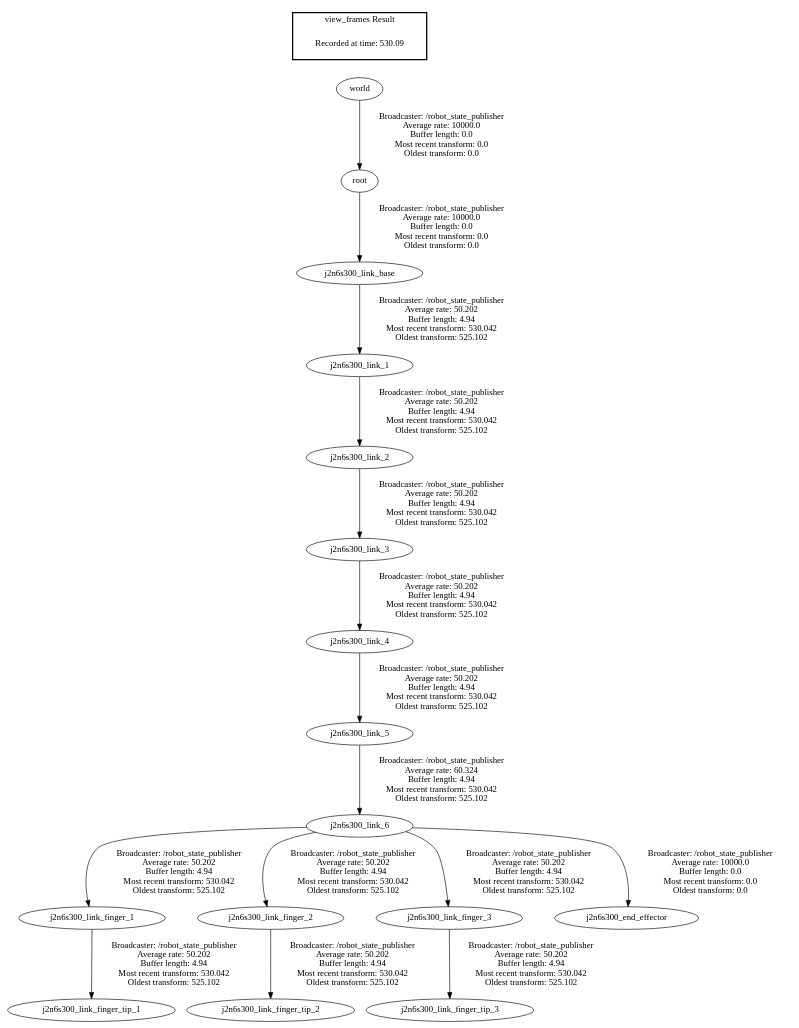
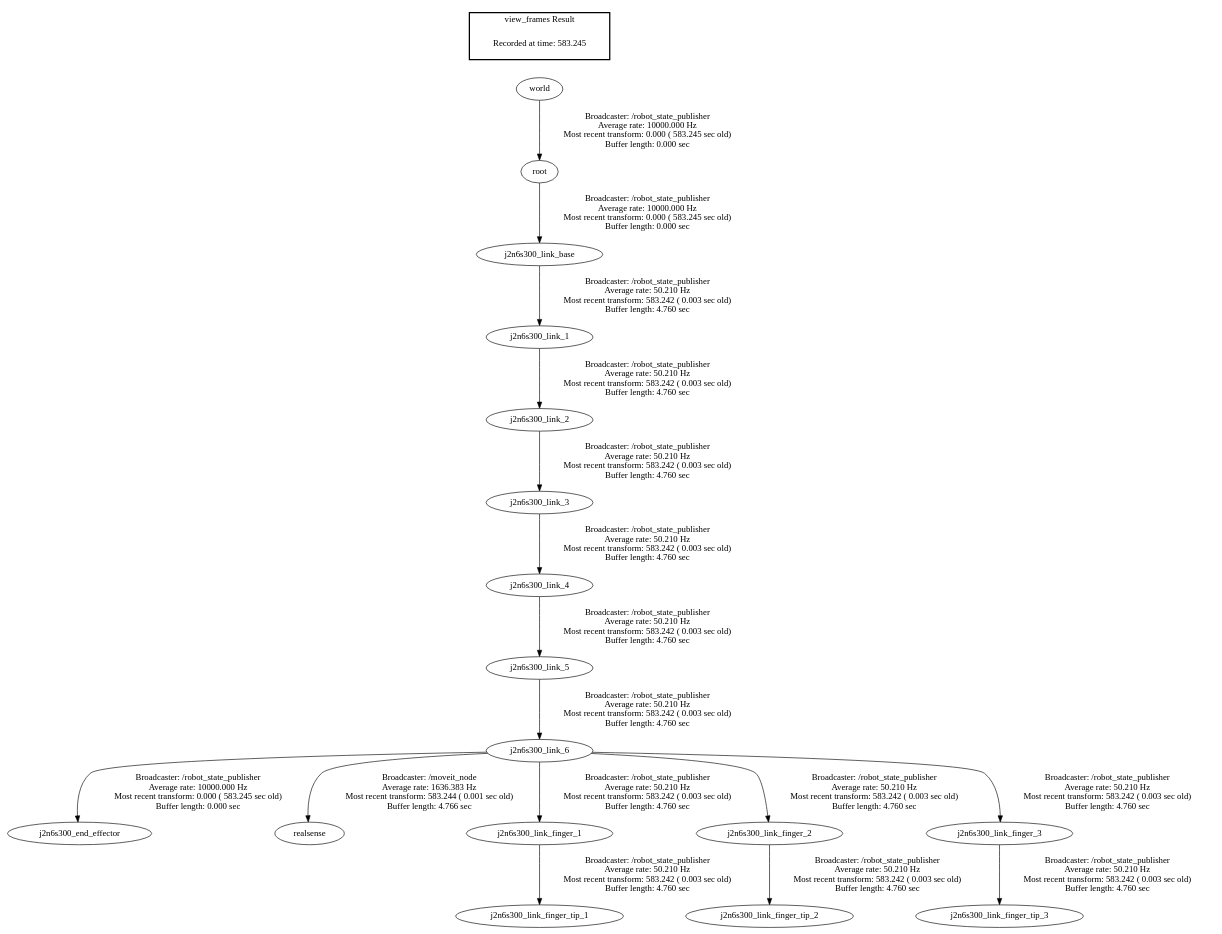
The diagram in src/autonomous_eating/extra/frames.gv (HansLarsen/ROB4-465), drawn with Graphviz before and after one commit. The commit also changed 4 other files, not shown here.

```diff
--- a/src/autonomous_eating/extra/frames.gv
+++ b/src/autonomous_eating/extra/frames.gv
@@ -1,21 +1,22 @@
 digraph G {
-"j2n6s300_link_6" -> "j2n6s300_link_finger_1"[label=" Broadcaster: /robot_state_publisher\nAverage rate: 50.202\nBuffer length: 4.94\nMost recent transform: 530.042\nOldest transform: 525.102\n"];
-"j2n6s300_link_6" -> "j2n6s300_link_finger_2"[label=" Broadcaster: /robot_state_publisher\nAverage rate: 50.202\nBuffer length: 4.94\nMost recent transform: 530.042\nOldest transform: 525.102\n"];
-"j2n6s300_link_6" -> "j2n6s300_link_finger_3"[label=" Broadcaster: /robot_state_publisher\nAverage rate: 50.202\nBuffer length: 4.94\nMost recent transform: 530.042\nOldest transform: 525.102\n"];
-"j2n6s300_link_5" -> "j2n6s300_link_6"[label=" Broadcaster: /robot_state_publisher\nAverage rate: 60.324\nBuffer length: 4.94\nMost recent transform: 530.042\nOldest transform: 525.102\n"];
-"j2n6s300_link_4" -> "j2n6s300_link_5"[label=" Broadcaster: /robot_state_publisher\nAverage rate: 50.202\nBuffer length: 4.94\nMost recent transform: 530.042\nOldest transform: 525.102\n"];
-"j2n6s300_link_3" -> "j2n6s300_link_4"[label=" Broadcaster: /robot_state_publisher\nAverage rate: 50.202\nBuffer length: 4.94\nMost recent transform: 530.042\nOldest transform: 525.102\n"];
-"j2n6s300_link_2" -> "j2n6s300_link_3"[label=" Broadcaster: /robot_state_publisher\nAverage rate: 50.202\nBuffer length: 4.94\nMost recent transform: 530.042\nOldest transform: 525.102\n"];
-"j2n6s300_link_finger_3" -> "j2n6s300_link_finger_tip_3"[label=" Broadcaster: /robot_state_publisher\nAverage rate: 50.202\nBuffer length: 4.94\nMost recent transform: 530.042\nOldest transform: 525.102\n"];
-"j2n6s300_link_base" -> "j2n6s300_link_1"[label=" Broadcaster: /robot_state_publisher\nAverage rate: 50.202\nBuffer length: 4.94\nMost recent transform: 530.042\nOldest transform: 525.102\n"];
-"j2n6s300_link_1" -> "j2n6s300_link_2"[label=" Broadcaster: /robot_state_publisher\nAverage rate: 50.202\nBuffer length: 4.94\nMost recent transform: 530.042\nOldest transform: 525.102\n"];
-"j2n6s300_link_finger_2" -> "j2n6s300_link_finger_tip_2"[label=" Broadcaster: /robot_state_publisher\nAverage rate: 50.202\nBuffer length: 4.94\nMost recent transform: 530.042\nOldest transform: 525.102\n"];
-"root" -> "j2n6s300_link_base"[label=" Broadcaster: /robot_state_publisher\nAverage rate: 10000.0\nBuffer length: 0.0\nMost recent transform: 0.0\nOldest transform: 0.0\n"];
-"j2n6s300_link_6" -> "j2n6s300_end_effector"[label=" Broadcaster: /robot_state_publisher\nAverage rate: 10000.0\nBuffer length: 0.0\nMost recent transform: 0.0\nOldest transform: 0.0\n"];
-"j2n6s300_link_finger_1" -> "j2n6s300_link_finger_tip_1"[label=" Broadcaster: /robot_state_publisher\nAverage rate: 50.202\nBuffer length: 4.94\nMost recent transform: 530.042\nOldest transform: 525.102\n"];
-"world" -> "root"[label=" Broadcaster: /robot_state_publisher\nAverage rate: 10000.0\nBuffer length: 0.0\nMost recent transform: 0.0\nOldest transform: 0.0\n"];
+"world" -> "root"[label="Broadcaster: /robot_state_publisher\nAverage rate: 10000.000 Hz\nMost recent transform: 0.000 ( 583.245 sec old)\nBuffer length: 0.000 sec\n"];
+"root" -> "j2n6s300_link_base"[label="Broadcaster: /robot_state_publisher\nAverage rate: 10000.000 Hz\nMost recent transform: 0.000 ( 583.245 sec old)\nBuffer length: 0.000 sec\n"];
+"j2n6s300_link_6" -> "j2n6s300_end_effector"[label="Broadcaster: /robot_state_publisher\nAverage rate: 10000.000 Hz\nMost recent transform: 0.000 ( 583.245 sec old)\nBuffer length: 0.000 sec\n"];
+"j2n6s300_link_5" -> "j2n6s300_link_6"[label="Broadcaster: /robot_state_publisher\nAverage rate: 50.210 Hz\nMost recent transform: 583.242 ( 0.003 sec old)\nBuffer length: 4.760 sec\n"];
+"j2n6s300_link_6" -> "realsense"[label="Broadcaster: /moveit_node\nAverage rate: 1636.383 Hz\nMost recent transform: 583.244 ( 0.001 sec old)\nBuffer length: 4.766 sec\n"];
+"j2n6s300_link_base" -> "j2n6s300_link_1"[label="Broadcaster: /robot_state_publisher\nAverage rate: 50.210 Hz\nMost recent transform: 583.242 ( 0.003 sec old)\nBuffer length: 4.760 sec\n"];
+"j2n6s300_link_1" -> "j2n6s300_link_2"[label="Broadcaster: /robot_state_publisher\nAverage rate: 50.210 Hz\nMost recent transform: 583.242 ( 0.003 sec old)\nBuffer length: 4.760 sec\n"];
+"j2n6s300_link_2" -> "j2n6s300_link_3"[label="Broadcaster: /robot_state_publisher\nAverage rate: 50.210 Hz\nMost recent transform: 583.242 ( 0.003 sec old)\nBuffer length: 4.760 sec\n"];
+"j2n6s300_link_3" -> "j2n6s300_link_4"[label="Broadcaster: /robot_state_publisher\nAverage rate: 50.210 Hz\nMost recent transform: 583.242 ( 0.003 sec old)\nBuffer length: 4.760 sec\n"];
+"j2n6s300_link_4" -> "j2n6s300_link_5"[label="Broadcaster: /robot_state_publisher\nAverage rate: 50.210 Hz\nMost recent transform: 583.242 ( 0.003 sec old)\nBuffer length: 4.760 sec\n"];
+"j2n6s300_link_6" -> "j2n6s300_link_finger_1"[label="Broadcaster: /robot_state_publisher\nAverage rate: 50.210 Hz\nMost recent transform: 583.242 ( 0.003 sec old)\nBuffer length: 4.760 sec\n"];
+"j2n6s300_link_6" -> "j2n6s300_link_finger_2"[label="Broadcaster: /robot_state_publisher\nAverage rate: 50.210 Hz\nMost recent transform: 583.242 ( 0.003 sec old)\nBuffer length: 4.760 sec\n"];
+"j2n6s300_link_6" -> "j2n6s300_link_finger_3"[label="Broadcaster: /robot_state_publisher\nAverage rate: 50.210 Hz\nMost recent transform: 583.242 ( 0.003 sec old)\nBuffer length: 4.760 sec\n"];
+"j2n6s300_link_finger_1" -> "j2n6s300_link_finger_tip_1"[label="Broadcaster: /robot_state_publisher\nAverage rate: 50.210 Hz\nMost recent transform: 583.242 ( 0.003 sec old)\nBuffer length: 4.760 sec\n"];
+"j2n6s300_link_finger_2" -> "j2n6s300_link_finger_tip_2"[label="Broadcaster: /robot_state_publisher\nAverage rate: 50.210 Hz\nMost recent transform: 583.242 ( 0.003 sec old)\nBuffer length: 4.760 sec\n"];
+"j2n6s300_link_finger_3" -> "j2n6s300_link_finger_tip_3"[label="Broadcaster: /robot_state_publisher\nAverage rate: 50.210 Hz\nMost recent transform: 583.242 ( 0.003 sec old)\nBuffer length: 4.760 sec\n"];
 edge [style=invis];
  subgraph cluster_legend { style=bold; color=black; label ="view_frames Result";
-"Recorded at time: 530.09"[ shape=plaintext ] ;
-}->"world";
+"Recorded at time: 583.245"[ shape=plaintext ] ;
+ }->"world";
 }
```
